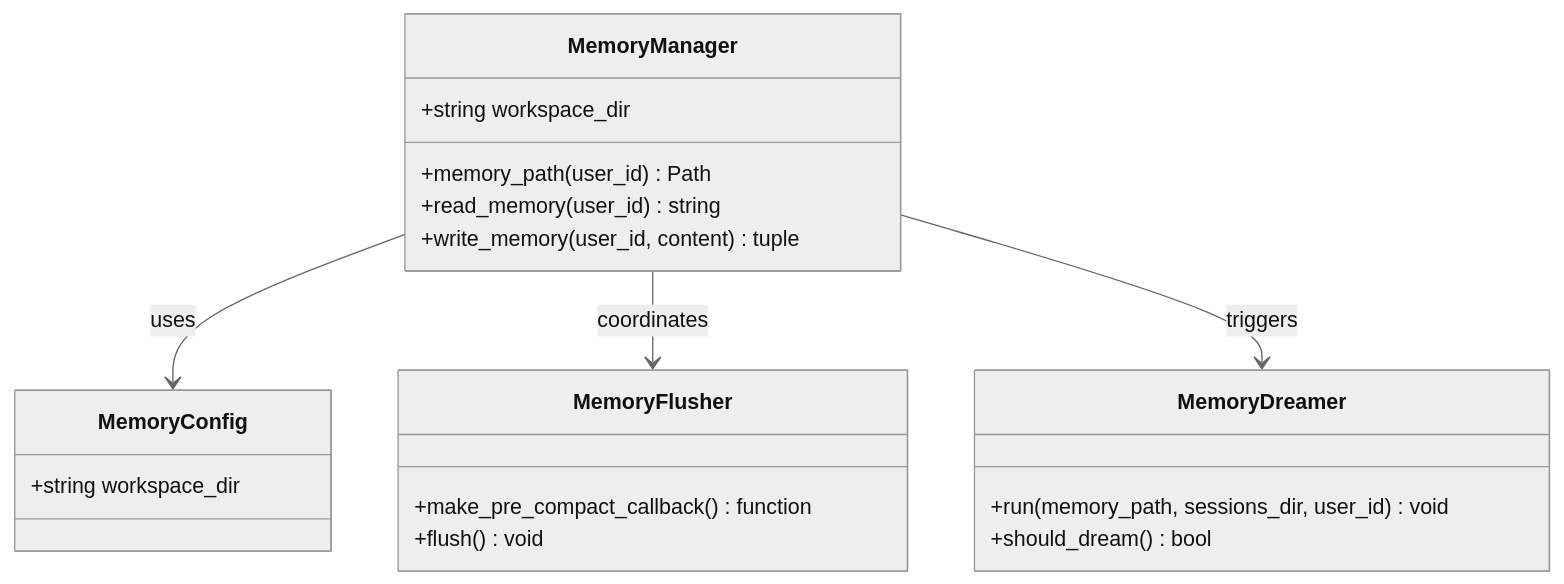
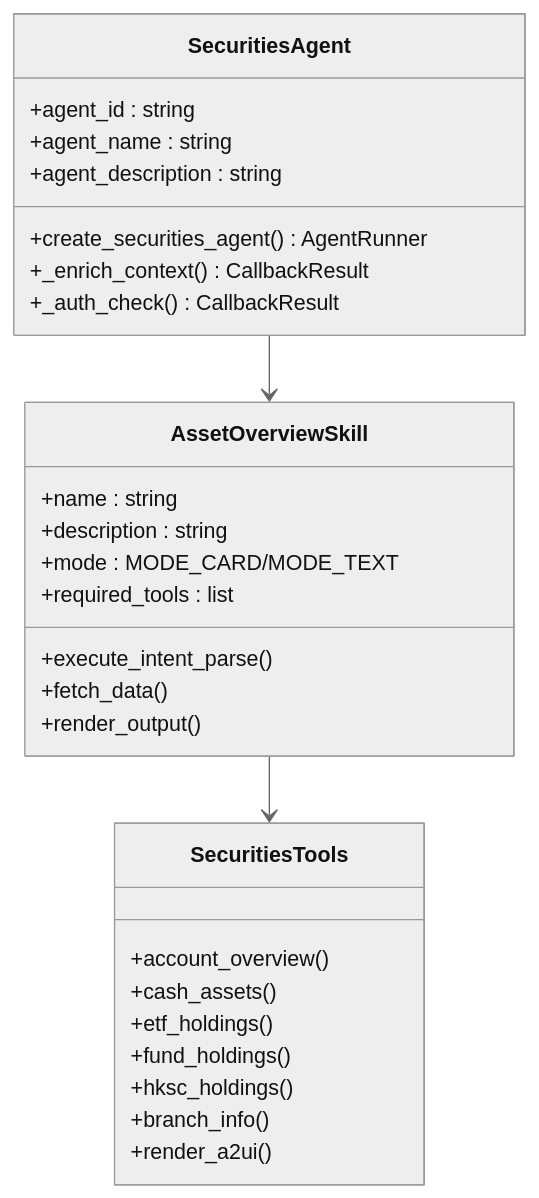
One commit to YU-JI-KUI/ark-agentic changed the fourth of 6 diagrams in repowiki/zh/content/核心框架/智能体工厂系统.md. Above: the diagram before and after it, drawn with Mermaid (neutral theme). The commit also changed other lines of this file and 5 other files, not shown here.

````diff
--- a/repowiki/zh/content/核心框架/智能体工厂系统.md
+++ b/repowiki/zh/content/核心框架/智能体工厂系统.md
@@ -264,23 +201,31 @@
 ```mermaid
 classDiagram
-class MemoryManager {
-+string workspace_dir
-+memory_path(user_id) Path
-+read_memory(user_id) string
-+write_memory(user_id, content) tuple
+class SecuritiesAgent {
++agent_id : string
++agent_name : string
++agent_description : string
++create_securities_agent() AgentRunner
++_enrich_context() CallbackResult
++_auth_check() CallbackResult
 }
-class MemoryConfig {
-+string workspace_dir
+class AssetOverviewSkill {
++name : string
++description : string
++mode : MODE_CARD/MODE_TEXT
++required_tools : list
++execute_intent_parse()
++fetch_data()
++render_output()
 }
-class MemoryFlusher {
-+make_pre_compact_callback() function
-+flush() void
+class SecuritiesTools {
++account_overview()
++cash_assets()
++etf_holdings()
++fund_holdings()
++hksc_holdings()
++branch_info()
++render_a2ui()
 }
-class MemoryDreamer {
-+run(memory_path, sessions_dir, user_id) void
-+should_dream() bool
-}
-MemoryManager --> MemoryConfig : uses
-MemoryManager --> MemoryFlusher : coordinates
-MemoryManager --> MemoryDreamer : triggers
+SecuritiesAgent --> AssetOverviewSkill
+AssetOverviewSkill --> SecuritiesTools
 ```
````
